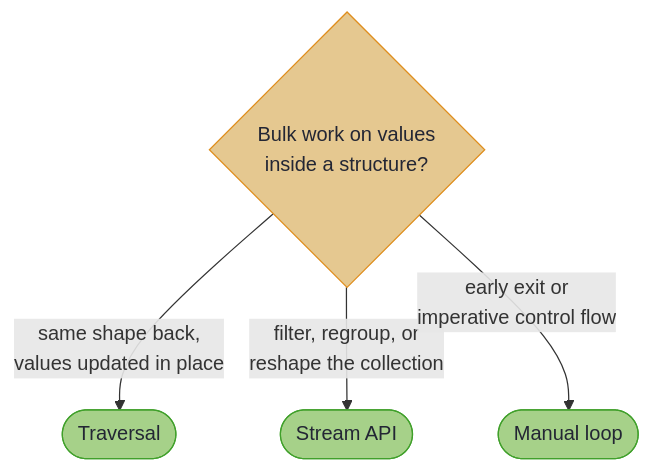
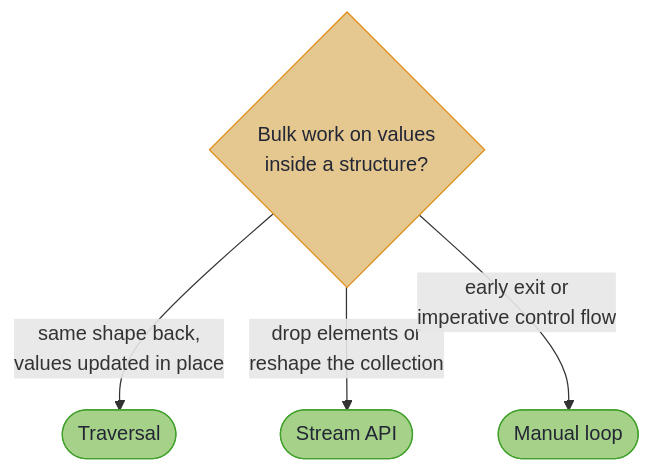
The diagram in hkj-book/src/optics/traversals.md (higher-kinded-j/higher-kinded-j), drawn with Mermaid before and after one commit. The commit also changed 19 other files, not shown here.

````diff
--- a/hkj-book/src/optics/traversals.md
+++ b/hkj-book/src/optics/traversals.md
@@ -157,12 +157,12 @@
 ```mermaid
 flowchart TD
     Q{"Bulk work on values<br/>inside a structure?"}
     Q -->|"same shape back,<br/>values updated in place"| T(["Traversal"])
-    Q -->|"filter, regroup, or<br/>reshape the collection"| S(["Stream API"])
+    Q -->|"drop elements or<br/>reshape the collection"| S(["Stream API"])
     Q -->|"early exit or<br/>imperative control flow"| L(["Manual loop"])
 
     classDef decision fill:#e5c890,stroke:#df8e1d,color:#232634
     classDef tier fill:#a6d189,stroke:#40a02b,color:#232634
     class Q decision
     class T,S,L tier
 ```
````
